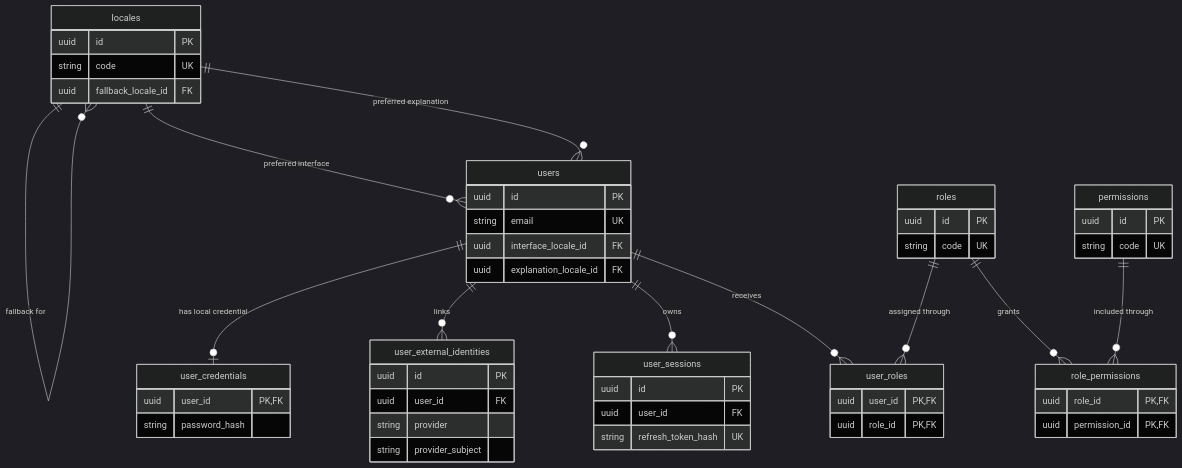
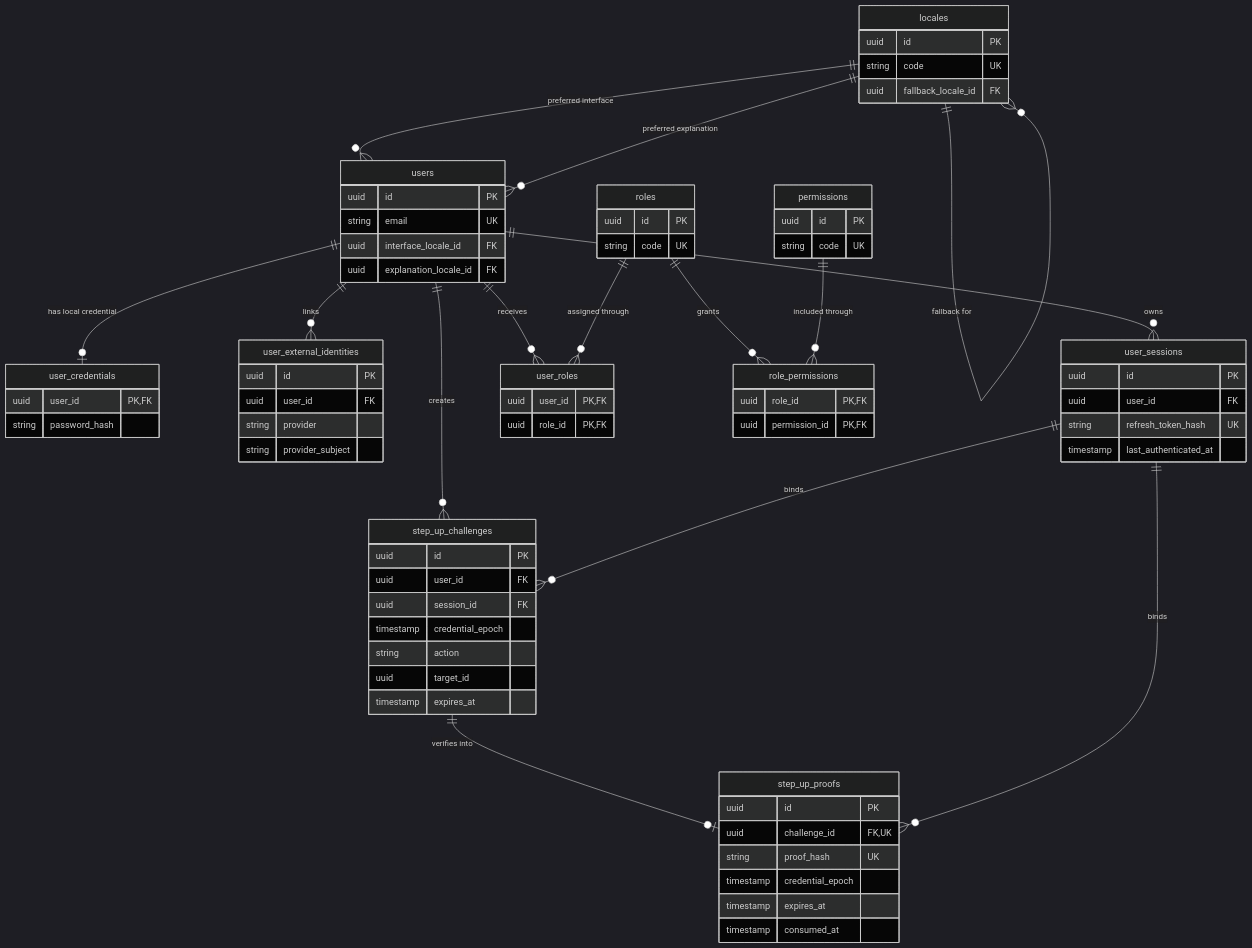
Before and after one commit to Yusufboy123/TurkTiliLMS: the first of 5 diagrams in docs/DATABASE_ARCHITECTURE.md, drawn with Mermaid (dark theme). The commit also changed other lines of this file and 7 other files, not shown here.

````diff
--- a/docs/DATABASE_ARCHITECTURE.md
+++ b/docs/DATABASE_ARCHITECTURE.md
@@ -152,57 +166,79 @@
 ```mermaid
 erDiagram
     locales ||--o{ locales : "fallback for"
     locales ||--o{ users : "preferred interface"
     locales ||--o{ users : "preferred explanation"
 
     users ||--o| user_credentials : "has local credential"
     users ||--o{ user_external_identities : "links"
     users ||--o{ user_sessions : "owns"
+    users ||--o{ step_up_challenges : "creates"
+    user_sessions ||--o{ step_up_challenges : "binds"
+    step_up_challenges ||--o| step_up_proofs : "verifies into"
+    user_sessions ||--o{ step_up_proofs : "binds"
     users ||--o{ user_roles : "receives"
     roles ||--o{ user_roles : "assigned through"
     roles ||--o{ role_permissions : "grants"
     permissions ||--o{ role_permissions : "included through"
 
     locales {
         uuid id PK
         string code UK
         uuid fallback_locale_id FK
     }
     users {
         uuid id PK
         string email UK
         uuid interface_locale_id FK
         uuid explanation_locale_id FK
     }
     user_credentials {
         uuid user_id PK, FK
         string password_hash
     }
     user_external_identities {
         uuid id PK
         uuid user_id FK
         string provider
         string provider_subject
     }
     user_sessions {
         uuid id PK
         uuid user_id FK
         string refresh_token_hash UK
+        timestamp last_authenticated_at
+    }
+    step_up_challenges {
+        uuid id PK
+        uuid user_id FK
+        uuid session_id FK
+        timestamp credential_epoch
+        string action
+        uuid target_id
+        timestamp expires_at
+    }
+    step_up_proofs {
+        uuid id PK
+        uuid challenge_id FK, UK
+        string proof_hash UK
+        timestamp credential_epoch
+        timestamp expires_at
+        timestamp consumed_at
     }
     roles {
         uuid id PK
         string code UK
     }
     permissions {
         uuid id PK
         string code UK
     }
     user_roles {
         uuid user_id PK, FK
         uuid role_id PK, FK
     }
     role_permissions {
         uuid role_id PK, FK
         uuid permission_id PK, FK
     }
 ```
````
